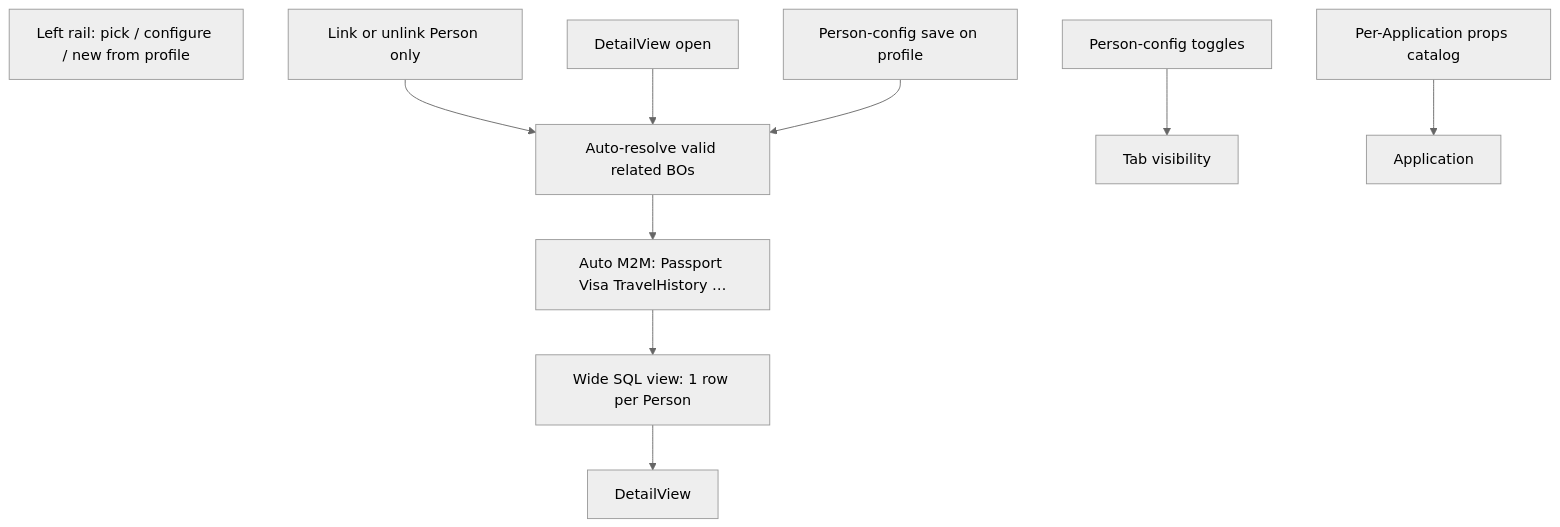
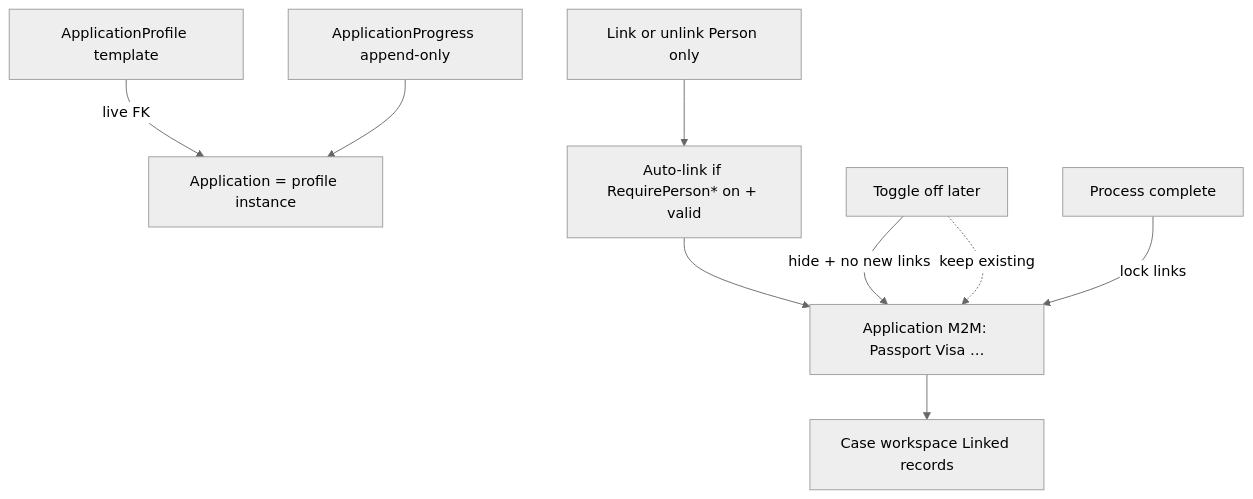
The first of 5 diagrams in docs/APPLICATION_PROFILE_PLAN.md (webapis/Visa2026), drawn with Mermaid (neutral theme) before and after one commit. The commit also changed other lines of this file and 71 other files, not shown here.

First line of the commit message:
Complete Application Profile Templates: live overview, one row per template, list-then-detail.

````diff
--- a/docs/APPLICATION_PROFILE_PLAN.md
+++ b/docs/APPLICATION_PROFILE_PLAN.md
@@ -228,13 +244,14 @@
 ```mermaid
 flowchart TB
-  Rail[Left rail: pick / configure / new from profile]
+  Template[ApplicationProfile template]
+  Inst[Application = profile instance]
+  Template -->|live FK| Inst
   Add[Link or unlink Person only]
-  Add --> Resolve[Auto-resolve valid related BOs]
-  Open[DetailView open] --> Resolve
-  CfgSave[Person-config save on profile] --> Resolve
-  Resolve --> M2M[Auto M2M: Passport Visa TravelHistory …]
-  Prof[Person-config toggles] --> Tabs[Tab visibility]
-  M2M --> View[Wide SQL view: 1 row per Person]
-  AppProps[Per-Application props catalog] --> App[Application]
-  View --> UI[DetailView]
+  Add --> Resolve[Auto-link if RequirePerson* on + valid]
+  Resolve --> M2M[Application M2M: Passport Visa …]
+  ToggleOff[Toggle off later] -->|hide + no new links| M2M
+  ToggleOff -.->|keep existing| M2M
+  Done[Process complete] -->|lock links| M2M
+  Progress[ApplicationProgress append-only] --> Inst
+  M2M --> UI[Case workspace Linked records]
 ```
````
